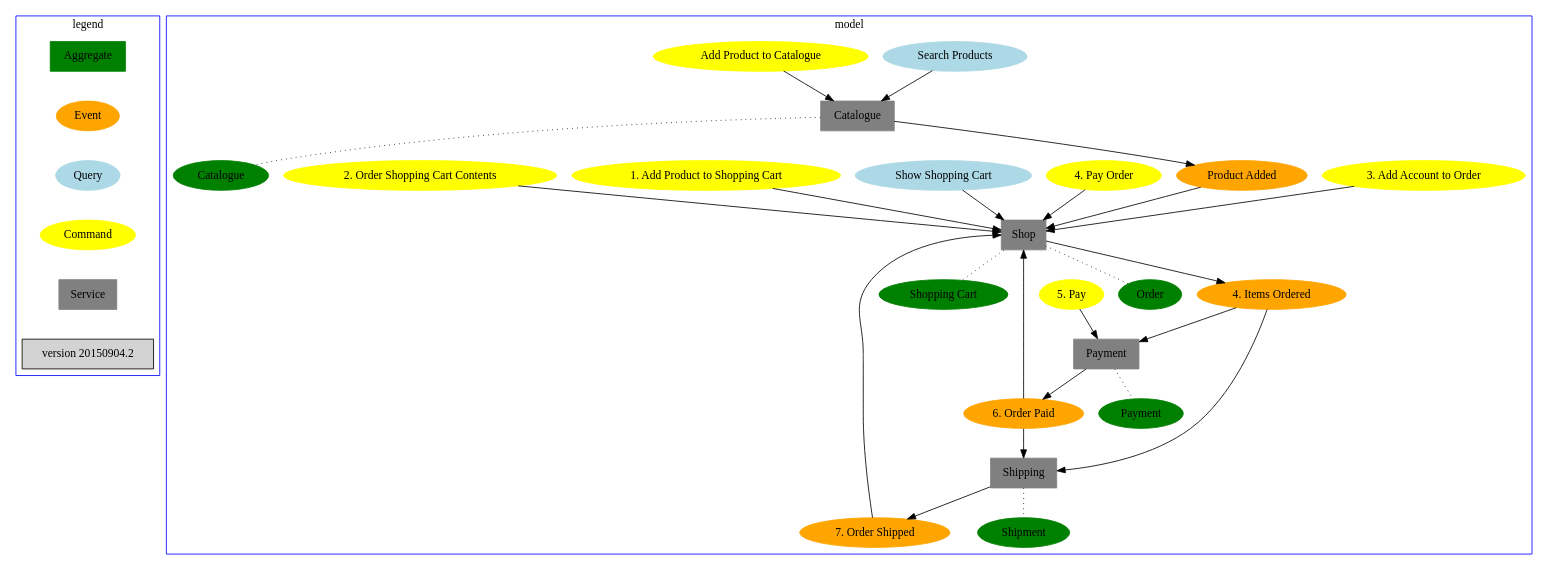
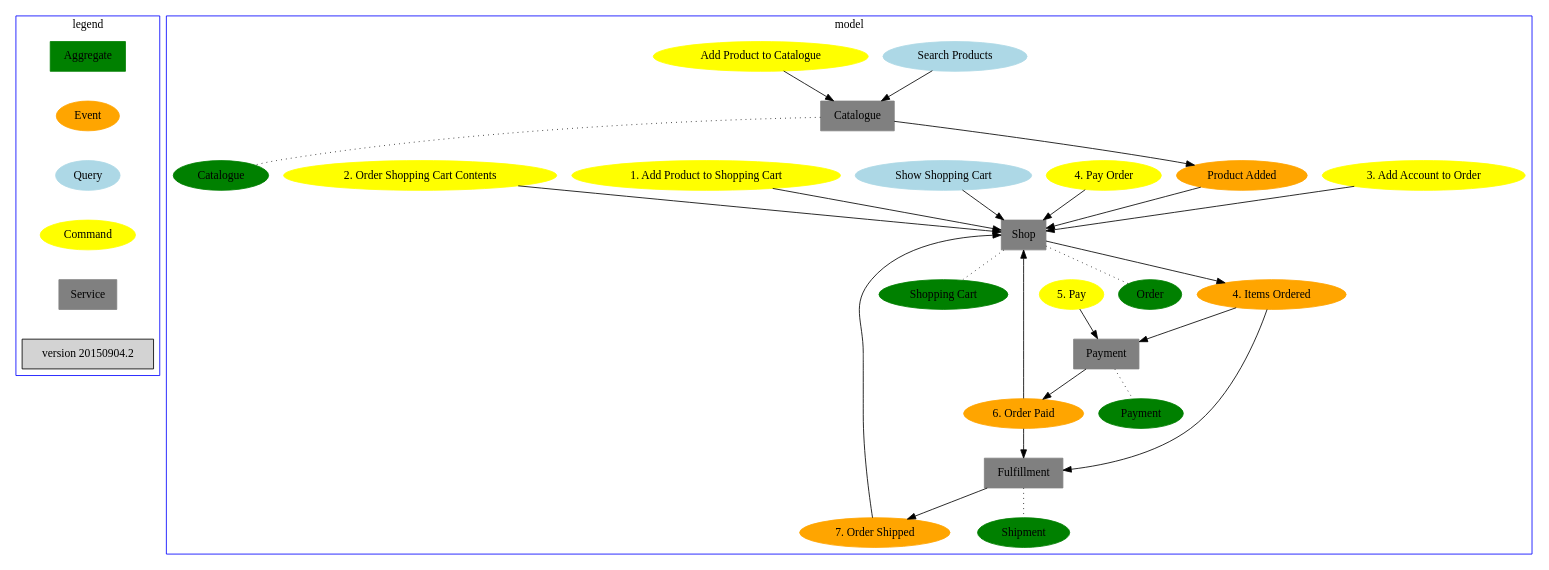
The diagram in src/exercise-queues/domain-meetup-ex2.gv (xebia/microservices-breaking-up-a-monolith), drawn with Graphviz before and after one commit. The commit also changed 1 other file, not shown here.

```diff
--- a/src/exercise-queues/domain-meetup-ex2.gv
+++ b/src/exercise-queues/domain-meetup-ex2.gv
@@ -1,112 +1,112 @@
 digraph G {
 # Legend
 	subgraph cluster_legend {
 		node [ style=filled ];
 		Aggregate [ color=green,shape=box ];
 		Event [ color=orange ];
 		Query [ color=lightblue ];
 		Command [ color=yellow ];
 		Service [ color=grey, shape=box ];
 		Version [ label="version 20150904.2", shape=box ];
 		edge[style=invis];
 		Aggregate -> Event -> Query -> Command -> Service -> Version;
 		label="legend";
 		color=blue;
 	}
 
 	subgraph cluster_model {
 	# Aggregates
 		node [color=green, style=filled, shape=oval];
 		ACat [ label=Catalogue ];
 		ACart [ label="Shopping Cart" ];
 		AShip [ label=Shipment ];
 		//AInv [ label=Inventory ];
 		APayment [ label=Payment ];
 		AOrder [ label=Order ]
 
 	# Services
 		node [color=grey, style=filled, shape=box];
 		SCat [ label=Catalogue ];
 		SCart [ label="Shop" ];
-		SShip [ label=Shipping ];
+		SShip [ label=Fulfillment ];
 		//AInv [ label=Inventory ];
 		SPayment [ label=Payment ];
 
 
 	# Events
 		node [color=orange, style=filled, shape=oval];
 		//E2 [ label="Item added to Shopping Cart" ];
 		E3 [ label="4. Items Ordered" ];
 		//E4 [ label="Shipping Address provided" ];
 		//E8 [ label="Items reserved" ];
 		//E9 [ label="Inventory changed" ];
 		//E10 [ label="Items not in stock" ];
 		E12 [ label="6. Order Paid" ];
 		E13 [ label="Product Added"];
 		E14 [ label="7. Order Shipped"];
 		
 
 	# Queries
 		node [color=lightblue, style=filled, shape=oval];
 		Q1 [ label="Search Products" ];
 		//Q2 [ label="Show Product Details" ];
 		Q3 [ label="Show Shopping Cart" ];
 		//Q4 [ label="Show Delivery Time" ];
 		
 
 	# Commands
 		node [color=yellow, style=filled, shape=oval];
 		C1 [ label="1. Add Product to Shopping Cart" ];
 		C2 [ label="2. Order Shopping Cart Contents" ];
 		C12 [ label="3. Add Account to Order" ];
 		//C3 [ label="Set Shipping Address" ];
 		C4 [ label="4. Pay Order" ];
 		C6 [ label="5. Pay" ];
 
 		
 		C5 [ label="Add Product to Catalogue" ];
 		
 		
 	# Commands and Queries to Aggregates
 		{ Q1 } -> SCat;
 		{ Q3, C1, C2 } -> SCart;
 		//{ C3, Q4 } -> AShip;
 		{ C4 } -> SCart;
 		{ C5 } -> SCat;
 		{ C6 } -> SPayment;
 			C12 -> SCart;
  
 
 
 
 	# Events to Aggregates
 		//E2 -> { };
 		//E4 -> { };
 		//E8 -> { ACart };
 		//E9 -> { ACat };
 		//E10 -> { ACart };
 		E3 -> { SPayment, SShip };
 		E12 -> { SCart, SShip };
 		{ E13, E14 } -> { SCart };
 		
 	# Aggregates generate events
 		SCat -> { E13 };
 		SCart -> { E3 };
 		SShip -> { E14 };
 		//AInv -> { E8, E9, E10 };
 		SPayment -> { E12 };
 
 	# Services to Aggregates
 	edge [ dir=none, style=dotted ];
 	SCat -> ACat;
 	SCart -> ACart;
 	SCart -> AOrder;
 	SShip -> AShip;
 	SPayment -> APayment;
 
 		label="model";
 		color=blue;
 
 
 	}
 }
```
